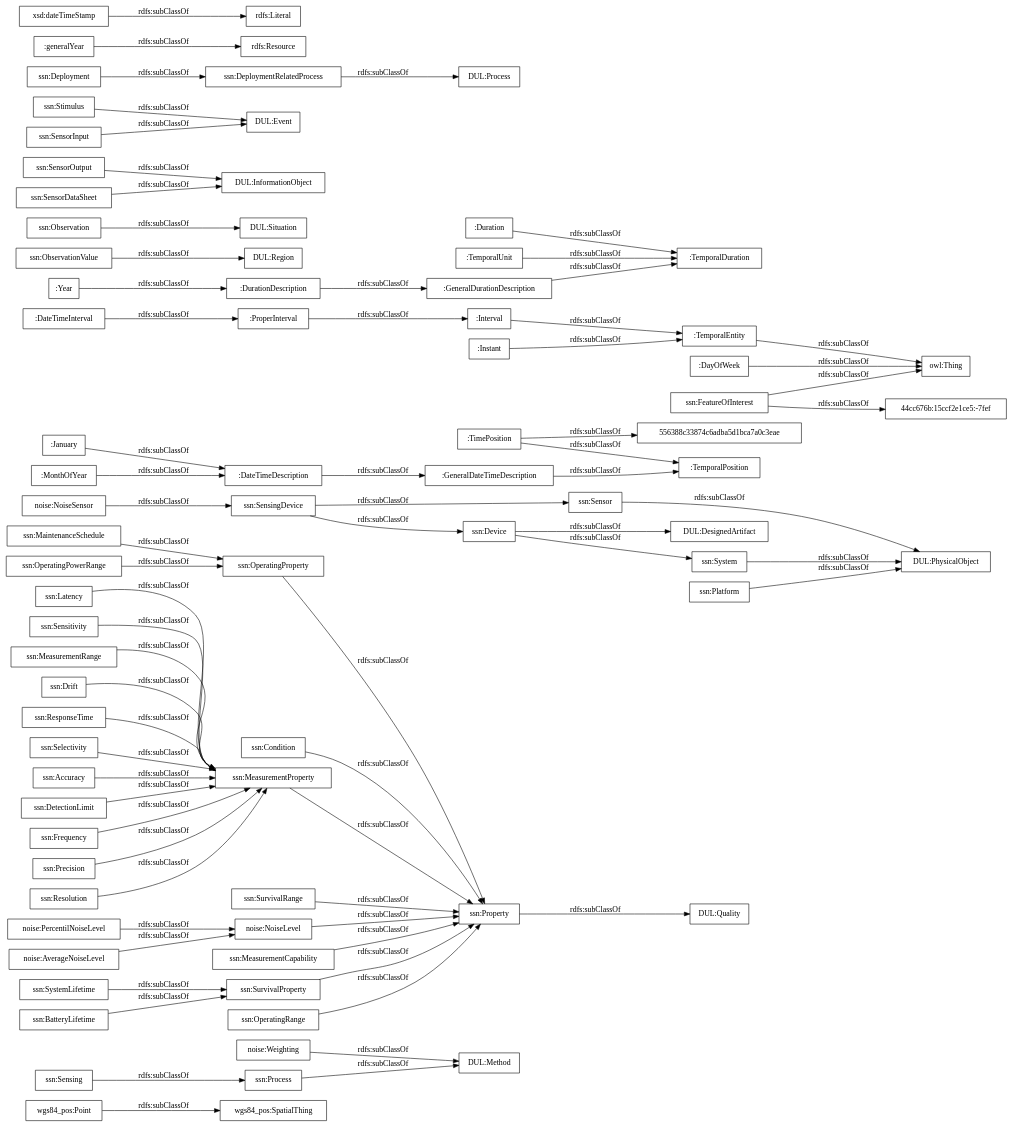
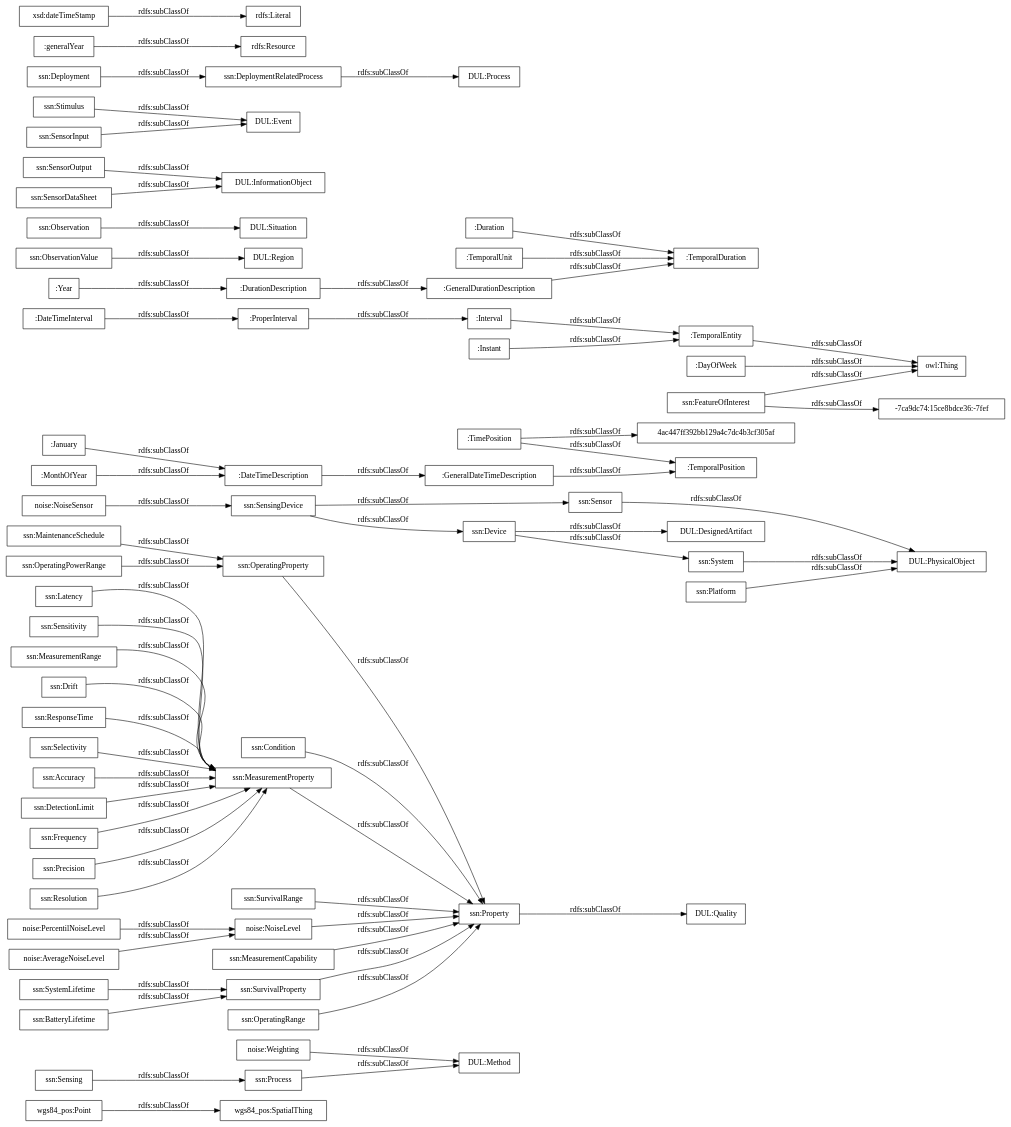
One commit to paoespinozarias/ContaminacionAcustica-Ontology changed the diagram in OnToology/contaminacion-acustica.owl/diagrams/ar2dtool-taxonomy/contaminacion-acustica.owl.png.dot. Above: the diagram before and after it, drawn with Graphviz. The commit also changed 6 other files, not shown here.

```diff
--- a/OnToology/contaminacion-acustica.owl/diagrams/ar2dtool-taxonomy/contaminacion-acustica.owl.png.dot
+++ b/OnToology/contaminacion-acustica.owl/diagrams/ar2dtool-taxonomy/contaminacion-acustica.owl.png.dot
@@ -1,73 +1,73 @@
 digraph ar2dtool_diagram { 
 rankdir=LR;
 size="1000"
-node [shape = rectangle, color="black"]; "wgs84_pos:SpatialThing" "wgs84_pos:Point" "noise:Weighting" "noise:PercentilNoiseLevel" "noise:NoiseSensor" "noise:NoiseLevel" "noise:AverageNoiseLevel" ":GeneralDateTimeDescription" ":DateTimeInterval" ":DurationDescription" ":TemporalDuration" ":Duration" ":GeneralDurationDescription" ":January" ":ProperInterval" ":TimePosition" ":TemporalPosition" ":Interval" ":TemporalEntity" ":Year" ":MonthOfYear" ":DateTimeDescription" "556388c33874c6adba5d1bca7a0c3eae" ":TemporalUnit" ":Instant" ":DayOfWeek" "ssn:Accuracy" "ssn:DetectionLimit" "ssn:Frequency" "ssn:Condition" "DUL:Region" "DUL:Situation" "DUL:PhysicalObject" "ssn:SensorOutput" "ssn:Precision" "ssn:Resolution" "DUL:Quality" "ssn:FeatureOfInterest" "ssn:Sensor" "DUL:InformationObject" "ssn:OperatingProperty" "DUL:Event" "ssn:OperatingPowerRange" "DUL:Method" "ssn:MaintenanceSchedule" "ssn:Sensing" "ssn:Latency" "ssn:SurvivalRange" "ssn:SensingDevice" "DUL:DesignedArtifact" "ssn:Sensitivity" "ssn:Stimulus" "44cc676b:15ccf2e1ce5:-7fef" "DUL:Process" "ssn:MeasurementRange" "ssn:System" "ssn:SystemLifetime" "ssn:Property" "ssn:MeasurementProperty" "ssn:Process" "ssn:Deployment" "ssn:MeasurementCapability" "ssn:BatteryLifetime" "ssn:Drift" "ssn:DeploymentRelatedProcess" "ssn:SensorInput" "ssn:ResponseTime" "ssn:ObservationValue" "ssn:SensorDataSheet" "ssn:Observation" "ssn:Selectivity" "ssn:SurvivalProperty" "ssn:Device" "ssn:OperatingRange" "ssn:Platform" ; /*classes style*/
+node [shape = rectangle, color="black"]; "wgs84_pos:SpatialThing" "wgs84_pos:Point" "noise:Weighting" "noise:PercentilNoiseLevel" "noise:NoiseSensor" "noise:NoiseLevel" "noise:AverageNoiseLevel" ":GeneralDateTimeDescription" ":DateTimeInterval" ":DurationDescription" ":TemporalDuration" ":Duration" ":GeneralDurationDescription" ":January" ":ProperInterval" ":TimePosition" ":TemporalPosition" ":Interval" ":TemporalEntity" ":Year" "4ac447ff392bb129a4c7dc4b3cf305af" ":MonthOfYear" ":DateTimeDescription" ":TemporalUnit" ":Instant" ":DayOfWeek" "ssn:Accuracy" "ssn:DetectionLimit" "ssn:Frequency" "ssn:Condition" "DUL:Region" "DUL:Situation" "DUL:PhysicalObject" "ssn:SensorOutput" "ssn:Precision" "ssn:Resolution" "DUL:Quality" "ssn:FeatureOfInterest" "ssn:Sensor" "DUL:InformationObject" "ssn:OperatingProperty" "DUL:Event" "ssn:OperatingPowerRange" "-7ca9dc74:15ce8bdce36:-7fef" "DUL:Method" "ssn:MaintenanceSchedule" "ssn:Sensing" "ssn:Latency" "ssn:SurvivalRange" "ssn:SensingDevice" "DUL:DesignedArtifact" "ssn:Sensitivity" "ssn:Stimulus" "DUL:Process" "ssn:MeasurementRange" "ssn:System" "ssn:SystemLifetime" "ssn:Property" "ssn:MeasurementProperty" "ssn:Process" "ssn:Deployment" "ssn:MeasurementCapability" "ssn:BatteryLifetime" "ssn:Drift" "ssn:DeploymentRelatedProcess" "ssn:SensorInput" "ssn:ResponseTime" "ssn:ObservationValue" "ssn:SensorDataSheet" "ssn:Observation" "ssn:Selectivity" "ssn:SurvivalProperty" "ssn:Device" "ssn:OperatingRange" "ssn:Platform" ; /*classes style*/
 	":DateTimeDescription" -> ":GeneralDateTimeDescription" [ label = "rdfs:subClassOf" ];
 	"noise:AverageNoiseLevel" -> "noise:NoiseLevel" [ label = "rdfs:subClassOf" ];
 	"ssn:Deployment" -> "ssn:DeploymentRelatedProcess" [ label = "rdfs:subClassOf" ];
 	"ssn:SensingDevice" -> "ssn:Sensor" [ label = "rdfs:subClassOf" ];
 	"ssn:SensingDevice" -> "ssn:Device" [ label = "rdfs:subClassOf" ];
 	"ssn:DeploymentRelatedProcess" -> "DUL:Process" [ label = "rdfs:subClassOf" ];
 	"ssn:Accuracy" -> "ssn:MeasurementProperty" [ label = "rdfs:subClassOf" ];
 	":Instant" -> ":TemporalEntity" [ label = "rdfs:subClassOf" ];
 	"ssn:FeatureOfInterest" -> "owl:Thing" [ label = "rdfs:subClassOf" ];
-	"ssn:FeatureOfInterest" -> "44cc676b:15ccf2e1ce5:-7fef" [ label = "rdfs:subClassOf" ];
+	"ssn:FeatureOfInterest" -> "-7ca9dc74:15ce8bdce36:-7fef" [ label = "rdfs:subClassOf" ];
 	"ssn:Latency" -> "ssn:MeasurementProperty" [ label = "rdfs:subClassOf" ];
 	"ssn:Process" -> "DUL:Method" [ label = "rdfs:subClassOf" ];
 	"noise:Weighting" -> "DUL:Method" [ label = "rdfs:subClassOf" ];
 	":ProperInterval" -> ":Interval" [ label = "rdfs:subClassOf" ];
 	"ssn:Property" -> "DUL:Quality" [ label = "rdfs:subClassOf" ];
 	"ssn:MeasurementProperty" -> "ssn:Property" [ label = "rdfs:subClassOf" ];
 	"wgs84_pos:Point" -> "wgs84_pos:SpatialThing" [ label = "rdfs:subClassOf" ];
 	":MonthOfYear" -> ":DateTimeDescription" [ label = "rdfs:subClassOf" ];
 	"ssn:ResponseTime" -> "ssn:MeasurementProperty" [ label = "rdfs:subClassOf" ];
 	"ssn:OperatingRange" -> "ssn:Property" [ label = "rdfs:subClassOf" ];
 	"noise:NoiseLevel" -> "ssn:Property" [ label = "rdfs:subClassOf" ];
 	"ssn:MeasurementRange" -> "ssn:MeasurementProperty" [ label = "rdfs:subClassOf" ];
 	"ssn:Stimulus" -> "DUL:Event" [ label = "rdfs:subClassOf" ];
 	":Duration" -> ":TemporalDuration" [ label = "rdfs:subClassOf" ];
 	"ssn:SurvivalProperty" -> "ssn:Property" [ label = "rdfs:subClassOf" ];
 	"ssn:MaintenanceSchedule" -> "ssn:OperatingProperty" [ label = "rdfs:subClassOf" ];
 	"ssn:SensorInput" -> "DUL:Event" [ label = "rdfs:subClassOf" ];
-	":TimePosition" -> "556388c33874c6adba5d1bca7a0c3eae" [ label = "rdfs:subClassOf" ];
+	":TimePosition" -> "4ac447ff392bb129a4c7dc4b3cf305af" [ label = "rdfs:subClassOf" ];
 	":TimePosition" -> ":TemporalPosition" [ label = "rdfs:subClassOf" ];
 	":TemporalEntity" -> "owl:Thing" [ label = "rdfs:subClassOf" ];
 	"ssn:Sensitivity" -> "ssn:MeasurementProperty" [ label = "rdfs:subClassOf" ];
 	"ssn:Drift" -> "ssn:MeasurementProperty" [ label = "rdfs:subClassOf" ];
 	"ssn:System" -> "DUL:PhysicalObject" [ label = "rdfs:subClassOf" ];
 	":GeneralDurationDescription" -> ":TemporalDuration" [ label = "rdfs:subClassOf" ];
 	"ssn:Resolution" -> "ssn:MeasurementProperty" [ label = "rdfs:subClassOf" ];
 	"ssn:Precision" -> "ssn:MeasurementProperty" [ label = "rdfs:subClassOf" ];
 	"noise:PercentilNoiseLevel" -> "noise:NoiseLevel" [ label = "rdfs:subClassOf" ];
 	"ssn:DetectionLimit" -> "ssn:MeasurementProperty" [ label = "rdfs:subClassOf" ];
 	":DateTimeInterval" -> ":ProperInterval" [ label = "rdfs:subClassOf" ];
 	"ssn:Sensor" -> "DUL:PhysicalObject" [ label = "rdfs:subClassOf" ];
 	"ssn:SensorDataSheet" -> "DUL:InformationObject" [ label = "rdfs:subClassOf" ];
 	"ssn:OperatingPowerRange" -> "ssn:OperatingProperty" [ label = "rdfs:subClassOf" ];
 	"noise:NoiseSensor" -> "ssn:SensingDevice" [ label = "rdfs:subClassOf" ];
 	":Interval" -> ":TemporalEntity" [ label = "rdfs:subClassOf" ];
 	":GeneralDateTimeDescription" -> ":TemporalPosition" [ label = "rdfs:subClassOf" ];
 	":January" -> ":DateTimeDescription" [ label = "rdfs:subClassOf" ];
 	"ssn:ObservationValue" -> "DUL:Region" [ label = "rdfs:subClassOf" ];
 	":DayOfWeek" -> "owl:Thing" [ label = "rdfs:subClassOf" ];
 	"ssn:Device" -> "DUL:DesignedArtifact" [ label = "rdfs:subClassOf" ];
 	"ssn:Device" -> "ssn:System" [ label = "rdfs:subClassOf" ];
 	"ssn:Platform" -> "DUL:PhysicalObject" [ label = "rdfs:subClassOf" ];
 	":Year" -> ":DurationDescription" [ label = "rdfs:subClassOf" ];
 	":DurationDescription" -> ":GeneralDurationDescription" [ label = "rdfs:subClassOf" ];
 	"ssn:OperatingProperty" -> "ssn:Property" [ label = "rdfs:subClassOf" ];
 	":generalYear" -> "rdfs:Resource" [ label = "rdfs:subClassOf" ];
 	"ssn:Selectivity" -> "ssn:MeasurementProperty" [ label = "rdfs:subClassOf" ];
 	"ssn:BatteryLifetime" -> "ssn:SurvivalProperty" [ label = "rdfs:subClassOf" ];
 	":TemporalUnit" -> ":TemporalDuration" [ label = "rdfs:subClassOf" ];
 	"ssn:Observation" -> "DUL:Situation" [ label = "rdfs:subClassOf" ];
 	"ssn:Sensing" -> "ssn:Process" [ label = "rdfs:subClassOf" ];
 	"ssn:SystemLifetime" -> "ssn:SurvivalProperty" [ label = "rdfs:subClassOf" ];
 	"ssn:SurvivalRange" -> "ssn:Property" [ label = "rdfs:subClassOf" ];
 	"ssn:Frequency" -> "ssn:MeasurementProperty" [ label = "rdfs:subClassOf" ];
 	"ssn:SensorOutput" -> "DUL:InformationObject" [ label = "rdfs:subClassOf" ];
 	"ssn:Condition" -> "ssn:Property" [ label = "rdfs:subClassOf" ];
 	"xsd:dateTimeStamp" -> "rdfs:Literal" [ label = "rdfs:subClassOf" ];
 	"ssn:MeasurementCapability" -> "ssn:Property" [ label = "rdfs:subClassOf" ];
 
 }
```
